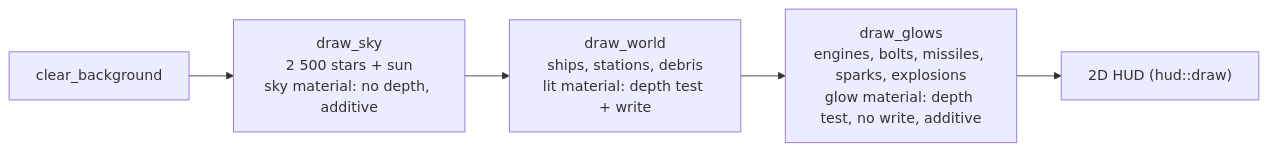
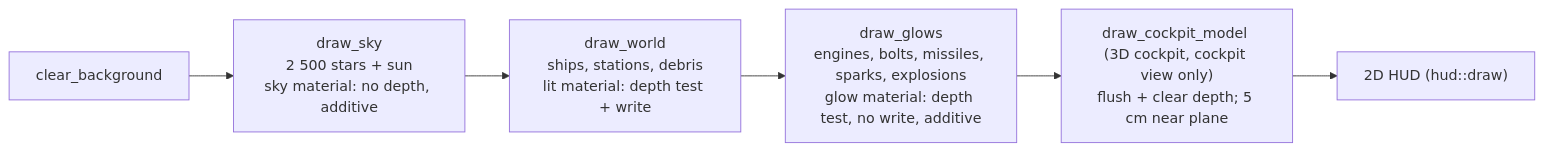
Before and after one commit to bbogovich/OpenInterceptor: the diagram in docs/architecture/rendering.md, drawn with Mermaid. The commit also changed other lines of this file and 28 other files, not shown here.

````diff
--- a/docs/architecture/rendering.md
+++ b/docs/architecture/rendering.md
@@ -10,7 +10,8 @@
 ```mermaid
 flowchart LR
     CL["clear_background"] --> SKY["draw_sky<br/>2 500 stars + sun<br/>sky material: no depth, additive"]
     SKY --> SOL["draw_world<br/>ships, stations, debris<br/>lit material: depth test + write"]
     SOL --> GLO["draw_glows<br/>engines, bolts, missiles, sparks, explosions<br/>glow material: depth test, no write, additive"]
-    GLO --> HUD["2D HUD (hud::draw)"]
+    GLO --> CP["draw_cockpit_model (3D cockpit, cockpit view only)<br/>flush + clear depth; 5 cm near plane"]
+    CP --> HUD["2D HUD (hud::draw)"]
 ```
````
